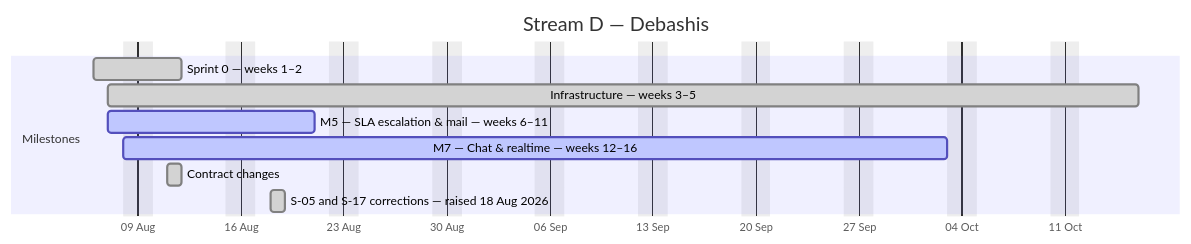
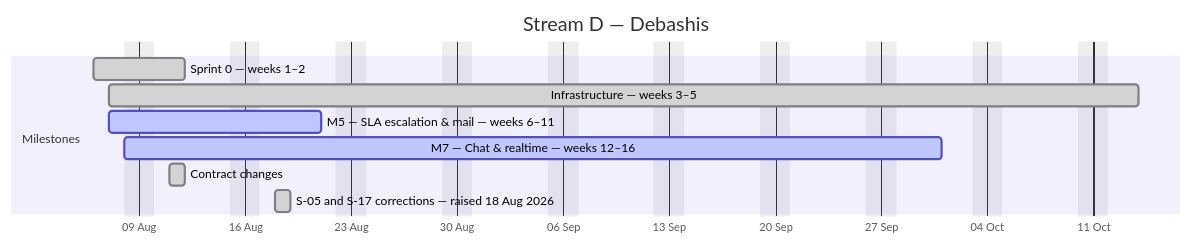
The fourth of 4 diagrams in docs/plan/GANTT.md (debashisedunext/EduTrack), drawn with Mermaid before and after one commit. The commit also changed other lines of this file and 3 other files, not shown here.

````diff
--- a/docs/plan/GANTT.md
+++ b/docs/plan/GANTT.md
@@ -149,14 +146,14 @@
 ```mermaid
 gantt
     dateFormat YYYY-MM-DD
     axisFormat %d %b
     title Stream D — Debashis
     excludes weekends
     section Milestones
     Sprint 0 — weeks 1–2 :done, d0, 2026-08-06, 4d
-    Infrastructure — weeks 3–5 :done, d1, 2026-08-07, 50d
+    Infrastructure — weeks 3–5 :done, d1, 2026-08-07, 48d
     M5 — SLA  escalation & mail — weeks 6–11 :active, d2, 2026-08-07, 10d
-    M7 — Chat & realtime — weeks 12–16 :active, d3, 2026-08-08, 41d
+    M7 — Chat & realtime — weeks 12–16 :active, d3, 2026-08-08, 39d
     Contract changes :done, d4, 2026-08-11, 1d
     S-05 and S-17 corrections — raised 18 Aug 2026 :done, d5, 2026-08-18, 1d
 ```
````
